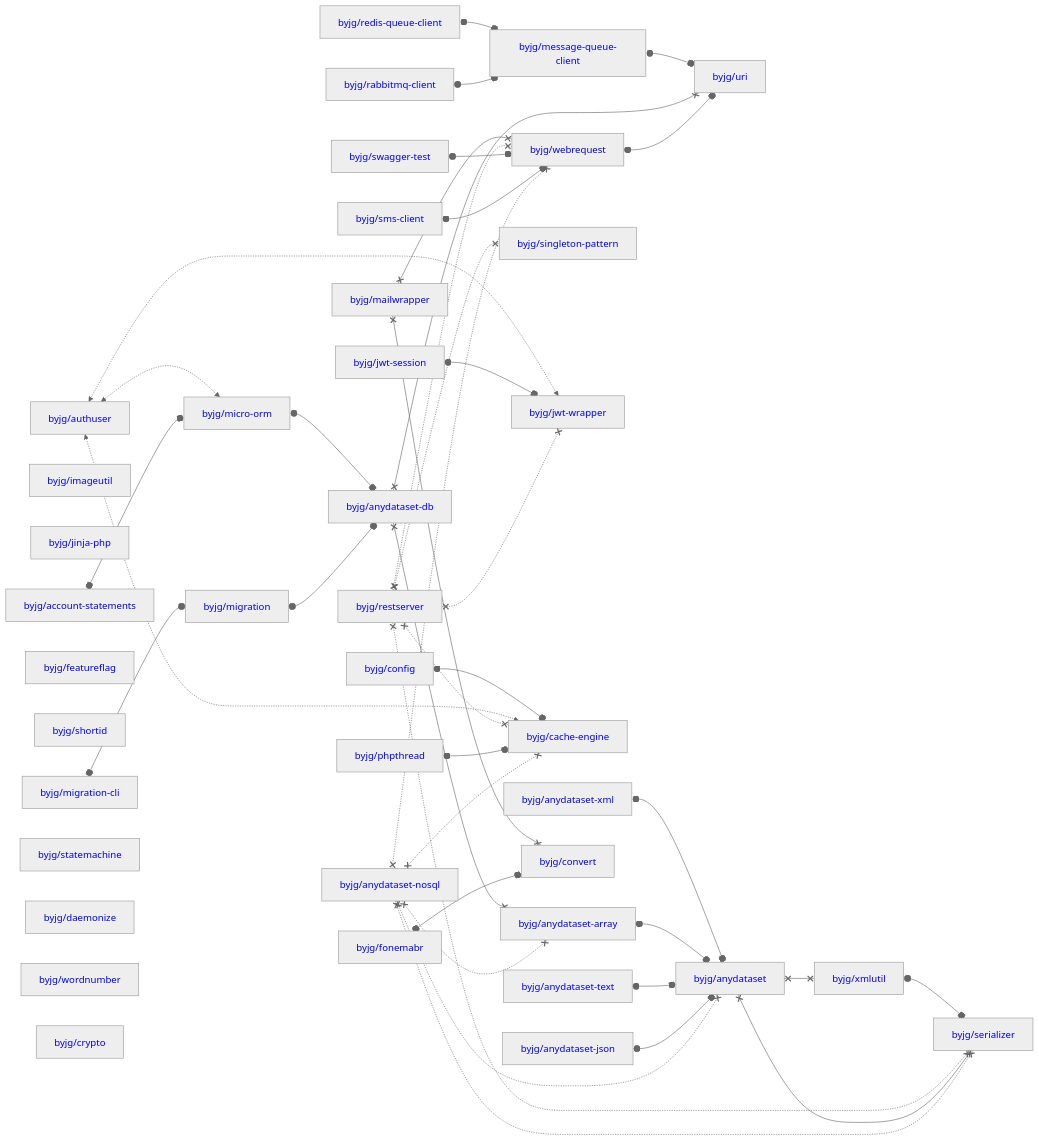
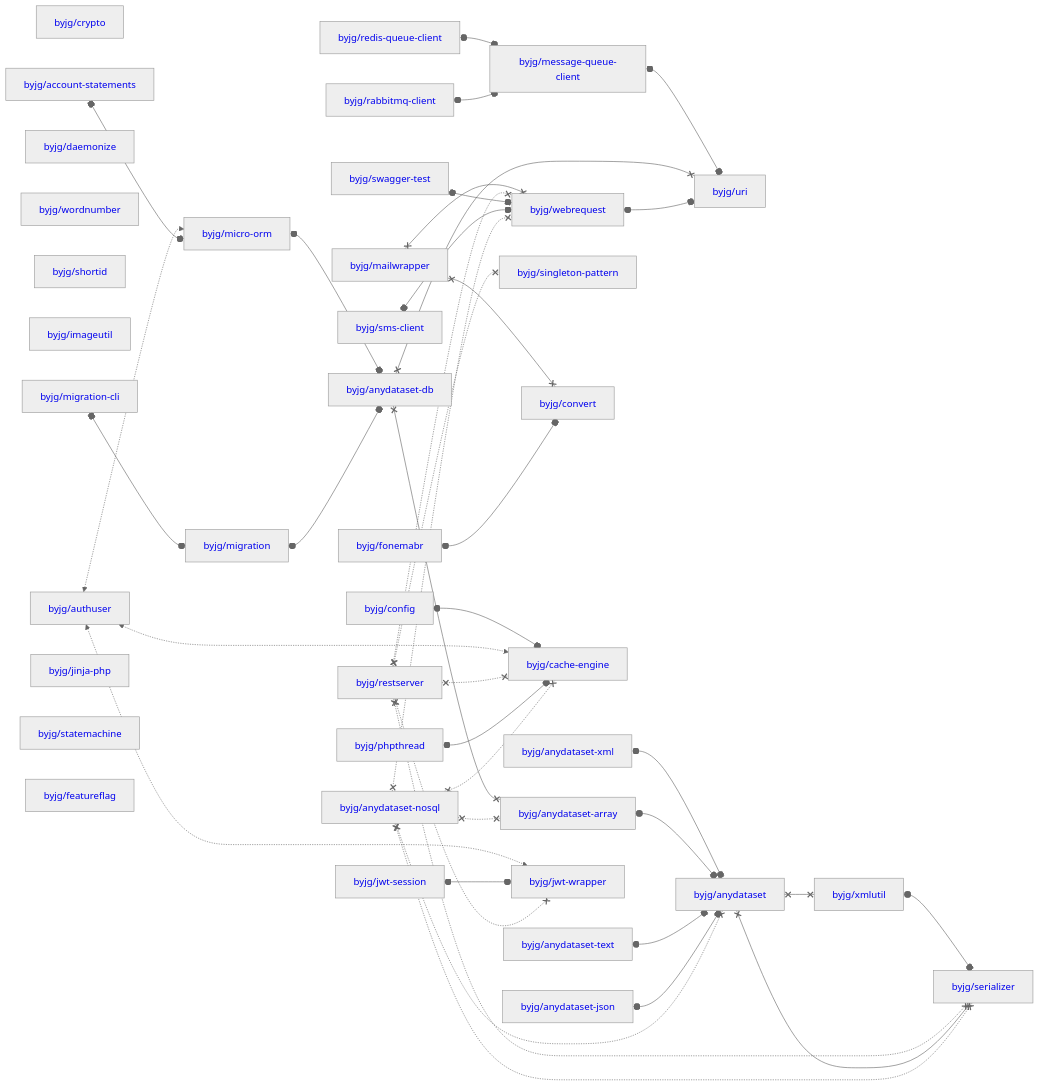
One commit to byjg/byjg.github.io changed the diagram in docs/php/README.md. Above: the diagram before and after it, drawn with Mermaid (neutral theme). The commit also changed other lines of this file, not shown here.

Commit message:
Update documentation 'php' 'php-migration'

````diff
--- a/docs/php/README.md
+++ b/docs/php/README.md
@@ -3,80 +3,80 @@
 ```mermaid
 graph LR;
+  byjg/crypto[<a href='https://opensource.byjg.com/docs/php/crypto' style='text-decoration:none'>byjg/crypto</a>];
+  byjg/restserver[<a href='https://opensource.byjg.com/docs/php/restserver' style='text-decoration:none'>byjg/restserver</a>];
+  byjg/account-statements[<a href='https://opensource.byjg.com/docs/php/account-statements' style='text-decoration:none'>byjg/account-statements</a>];
+  byjg/config[<a href='https://opensource.byjg.com/docs/php/config' style='text-decoration:none'>byjg/config</a>];
+  byjg/daemonize[<a href='https://opensource.byjg.com/docs/php/daemonize' style='text-decoration:none'>byjg/daemonize</a>];
+  byjg/phpthread[<a href='https://opensource.byjg.com/docs/php/phpthread' style='text-decoration:none'>byjg/phpthread</a>];
+  byjg/anydataset-json[<a href='https://opensource.byjg.com/docs/php/anydataset-json' style='text-decoration:none'>byjg/anydataset-json</a>];
+  byjg/wordnumber[<a href='https://opensource.byjg.com/docs/php/wordnumber' style='text-decoration:none'>byjg/wordnumber</a>];
+  byjg/anydataset-nosql[<a href='https://opensource.byjg.com/docs/php/anydataset-nosql' style='text-decoration:none'>byjg/anydataset-nosql</a>];
+  byjg/anydataset-text[<a href='https://opensource.byjg.com/docs/php/anydataset-text' style='text-decoration:none'>byjg/anydataset-text</a>];
+  byjg/shortid[<a href='https://opensource.byjg.com/docs/php/shortid' style='text-decoration:none'>byjg/shortid</a>];
+  byjg/imageutil[<a href='https://opensource.byjg.com/docs/php/imageutil' style='text-decoration:none'>byjg/imageutil</a>];
+  byjg/redis-queue-client[<a href='https://opensource.byjg.com/docs/php/redis-queue-client' style='text-decoration:none'>byjg/redis-queue-client</a>];
+  byjg/fonemabr[<a href='https://opensource.byjg.com/docs/php/fonemabr' style='text-decoration:none'>byjg/fonemabr</a>];
+  byjg/migration-cli[<a href='https://opensource.byjg.com/docs/php/migration-cli' style='text-decoration:none'>byjg/migration-cli</a>];
+  byjg/anydataset-xml[<a href='https://opensource.byjg.com/docs/php/anydataset-xml' style='text-decoration:none'>byjg/anydataset-xml</a>];
+  byjg/mailwrapper[<a href='https://opensource.byjg.com/docs/php/mailwrapper' style='text-decoration:none'>byjg/mailwrapper</a>];
   byjg/sms-client[<a href='https://opensource.byjg.com/docs/php/sms-client' style='text-decoration:none'>byjg/sms-client</a>];
   byjg/authuser[<a href='https://opensource.byjg.com/docs/php/authuser' style='text-decoration:none'>byjg/authuser</a>];
-  byjg/imageutil[<a href='https://opensource.byjg.com/docs/php/imageutil' style='text-decoration:none'>byjg/imageutil</a>];
+  byjg/swagger-test[<a href='https://opensource.byjg.com/docs/php/swagger-test' style='text-decoration:none'>byjg/swagger-test</a>];
   byjg/jinja-php[<a href='https://opensource.byjg.com/docs/php/jinja-php' style='text-decoration:none'>byjg/jinja-php</a>];
-  byjg/config[<a href='https://opensource.byjg.com/docs/php/config' style='text-decoration:none'>byjg/config</a>];
-  byjg/restserver[<a href='https://opensource.byjg.com/docs/php/restserver' style='text-decoration:none'>byjg/restserver</a>];
-  byjg/migration-cli[<a href='https://opensource.byjg.com/docs/php/migration-cli' style='text-decoration:none'>byjg/migration-cli</a>];
-  byjg/mailwrapper[<a href='https://opensource.byjg.com/docs/php/mailwrapper' style='text-decoration:none'>byjg/mailwrapper</a>];
+  byjg/statemachine[<a href='https://opensource.byjg.com/docs/php/statemachine' style='text-decoration:none'>byjg/statemachine</a>];
+  byjg/rabbitmq-client[<a href='https://opensource.byjg.com/docs/php/rabbitmq-client' style='text-decoration:none'>byjg/rabbitmq-client</a>];
+  byjg/jwt-session[<a href='https://opensource.byjg.com/docs/php/jwt-session' style='text-decoration:none'>byjg/jwt-session</a>];
   byjg/featureflag[<a href='https://opensource.byjg.com/docs/php/featureflag' style='text-decoration:none'>byjg/featureflag</a>];
-  byjg/phpthread[<a href='https://opensource.byjg.com/docs/php/phpthread' style='text-decoration:none'>byjg/phpthread</a>];
-  byjg/shortid[<a href='https://opensource.byjg.com/docs/php/shortid' style='text-decoration:none'>byjg/shortid</a>];
-  byjg/account-statements[<a href='https://opensource.byjg.com/docs/php/account-statements' style='text-decoration:none'>byjg/account-statements</a>];
-  byjg/anydataset-xml[<a href='https://opensource.byjg.com/docs/php/anydataset-xml' style='text-decoration:none'>byjg/anydataset-xml</a>];
-  byjg/statemachine[<a href='https://opensource.byjg.com/docs/php/statemachine' style='text-decoration:none'>byjg/statemachine</a>];
-  byjg/jwt-session[<a href='https://opensource.byjg.com/docs/php/jwt-session' style='text-decoration:none'>byjg/jwt-session</a>];
-  byjg/anydataset-json[<a href='https://opensource.byjg.com/docs/php/anydataset-json' style='text-decoration:none'>byjg/anydataset-json</a>];
-  byjg/daemonize[<a href='https://opensource.byjg.com/docs/php/daemonize' style='text-decoration:none'>byjg/daemonize</a>];
-  byjg/anydataset-nosql[<a href='https://opensource.byjg.com/docs/php/anydataset-nosql' style='text-decoration:none'>byjg/anydataset-nosql</a>];
-  byjg/swagger-test[<a href='https://opensource.byjg.com/docs/php/swagger-test' style='text-decoration:none'>byjg/swagger-test</a>];
-  byjg/anydataset-text[<a href='https://opensource.byjg.com/docs/php/anydataset-text' style='text-decoration:none'>byjg/anydataset-text</a>];
-  byjg/wordnumber[<a href='https://opensource.byjg.com/docs/php/wordnumber' style='text-decoration:none'>byjg/wordnumber</a>];
-  byjg/fonemabr[<a href='https://opensource.byjg.com/docs/php/fonemabr' style='text-decoration:none'>byjg/fonemabr</a>];
-  byjg/crypto[<a href='https://opensource.byjg.com/docs/php/crypto' style='text-decoration:none'>byjg/crypto</a>];
-  byjg/redis-queue-client[<a href='https://opensource.byjg.com/docs/php/redis-queue-client' style='text-decoration:none'>byjg/redis-queue-client</a>];
-  byjg/rabbitmq-client[<a href='https://opensource.byjg.com/docs/php/rabbitmq-client' style='text-decoration:none'>byjg/rabbitmq-client</a>];
   byjg/singleton-pattern[<a href='https://opensource.byjg.com/docs/php/singleton-pattern' style='text-decoration:none'>byjg/singleton-pattern</a>];
   byjg/migration[<a href='https://opensource.byjg.com/docs/php/migration' style='text-decoration:none'>byjg/migration</a>];
+  byjg/convert[<a href='https://opensource.byjg.com/docs/php/convert' style='text-decoration:none'>byjg/convert</a>];
   byjg/micro-orm[<a href='https://opensource.byjg.com/docs/php/micro-orm' style='text-decoration:none'>byjg/micro-orm</a>];
-  byjg/jwt-wrapper[<a href='https://opensource.byjg.com/docs/php/jwt-wrapper' style='text-decoration:none'>byjg/jwt-wrapper</a>];
   byjg/cache-engine[<a href='https://opensource.byjg.com/docs/php/cache-engine' style='text-decoration:none'>byjg/cache-engine</a>];
   byjg/webrequest[<a href='https://opensource.byjg.com/docs/php/webrequest' style='text-decoration:none'>byjg/webrequest</a>];
-  byjg/convert[<a href='https://opensource.byjg.com/docs/php/convert' style='text-decoration:none'>byjg/convert</a>];
   byjg/message-queue-client[<a href='https://opensource.byjg.com/docs/php/message-queue-client' style='text-decoration:none'>byjg/message-queue-client</a>];
+  byjg/jwt-wrapper[<a href='https://opensource.byjg.com/docs/php/jwt-wrapper' style='text-decoration:none'>byjg/jwt-wrapper</a>];
   byjg/anydataset-db[<a href='https://opensource.byjg.com/docs/php/anydataset-db' style='text-decoration:none'>byjg/anydataset-db</a>];
   byjg/anydataset-array[<a href='https://opensource.byjg.com/docs/php/anydataset-array' style='text-decoration:none'>byjg/anydataset-array</a>];
   byjg/uri[<a href='https://opensource.byjg.com/docs/php/uri' style='text-decoration:none'>byjg/uri</a>];
   byjg/anydataset[<a href='https://opensource.byjg.com/docs/php/anydataset' style='text-decoration:none'>byjg/anydataset</a>];
   byjg/xmlutil[<a href='https://opensource.byjg.com/docs/php/xmlutil' style='text-decoration:none'>byjg/xmlutil</a>];
   byjg/serializer[<a href='https://opensource.byjg.com/docs/php/serializer' style='text-decoration:none'>byjg/serializer</a>];
   byjg/anydataset-xml o--o byjg/anydataset;
   byjg/config o--o byjg/cache-engine;
   byjg/authuser <-.-> byjg/micro-orm;
   byjg/authuser <-.-> byjg/cache-engine;
   byjg/authuser <-.-> byjg/jwt-wrapper;
   byjg/jwt-session o--o byjg/jwt-wrapper;
   byjg/redis-queue-client o--o byjg/message-queue-client;
   byjg/xmlutil o--o byjg/serializer;
   byjg/anydataset-array o--o byjg/anydataset;
   byjg/anydataset-text o--o byjg/anydataset;
   byjg/mailwrapper x--x byjg/convert;
   byjg/mailwrapper x--x byjg/webrequest;
   byjg/restserver x-.-x byjg/serializer;
   byjg/restserver x-.-x byjg/singleton-pattern;
   byjg/restserver x-.-x byjg/cache-engine;
   byjg/restserver x-.-x byjg/webrequest;
   byjg/restserver x-.-x byjg/jwt-wrapper;
   byjg/anydataset x--x byjg/serializer;
   byjg/anydataset x--x byjg/xmlutil;
   byjg/micro-orm o--o byjg/anydataset-db;
   byjg/phpthread o--o byjg/cache-engine;
   byjg/anydataset-json o--o byjg/anydataset;
   byjg/swagger-test o--o byjg/webrequest;
   byjg/fonemabr o--o byjg/convert;
   byjg/account-statements o--o byjg/micro-orm;
   byjg/sms-client o--o byjg/webrequest;
   byjg/migration-cli o--o byjg/migration;
   byjg/message-queue-client o--o byjg/uri;
   byjg/anydataset-db x--x byjg/anydataset-array;
   byjg/anydataset-db x--x byjg/uri;
   byjg/webrequest o--o byjg/uri;
   byjg/migration o--o byjg/anydataset-db;
   byjg/rabbitmq-client o--o byjg/message-queue-client;
   byjg/anydataset-nosql x-.-x byjg/anydataset;
   byjg/anydataset-nosql x-.-x byjg/anydataset-array;
   byjg/anydataset-nosql x-.-x byjg/serializer;
   byjg/anydataset-nosql x-.-x byjg/webrequest;
   byjg/anydataset-nosql x-.-x byjg/cache-engine;
 ```
````
